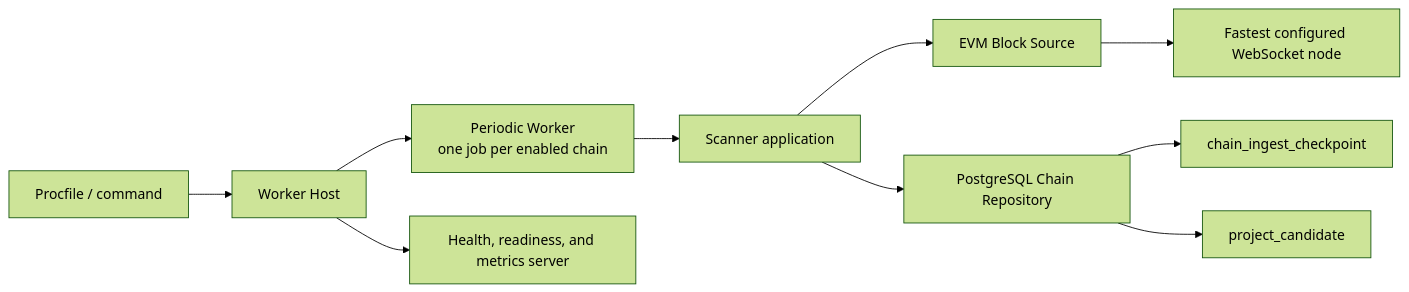
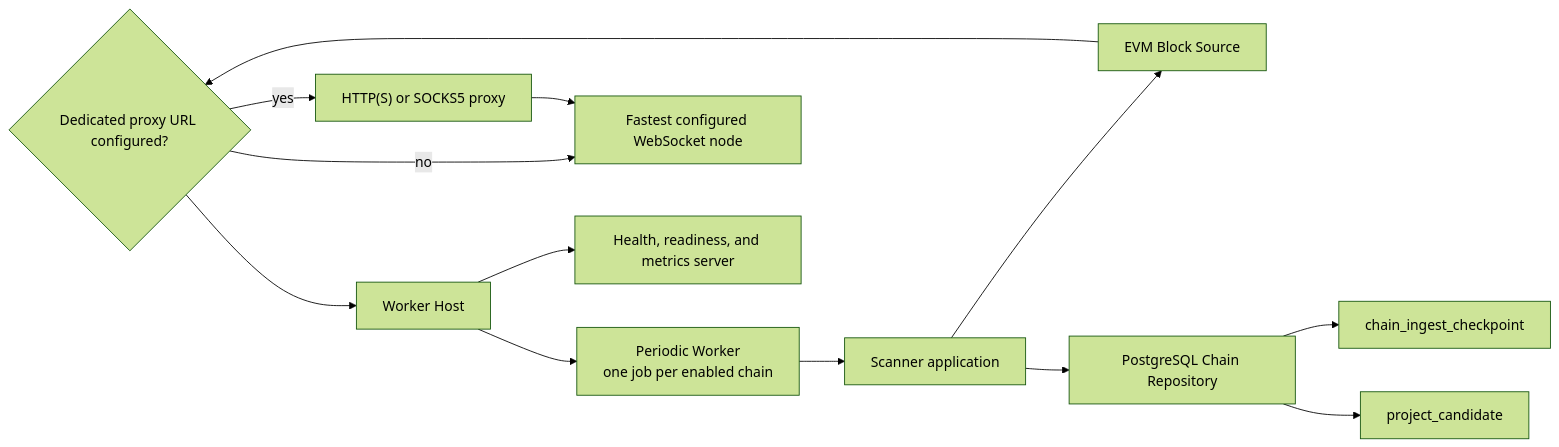
Before and after one commit to useryege/athena-o: the diagram in docs/design/token-intelligence/scanner.md, drawn with Mermaid (forest theme). The commit also changed other lines of this file and 15 other files, not shown here.

````diff
--- a/docs/design/token-intelligence/scanner.md
+++ b/docs/design/token-intelligence/scanner.md
@@ -29,12 +30,15 @@
 ```mermaid
 flowchart LR
     P["Procfile / command"] --> H["Worker Host"]
     H --> W["Periodic Worker\none job per enabled chain"]
     W --> S["Scanner application"]
     S --> E["EVM Block Source"]
-    E --> N["Fastest configured WebSocket node"]
+    E --> P{"Dedicated proxy URL configured?"}
+    P -->|"yes"| X["HTTP(S) or SOCKS5 proxy"]
+    P -->|"no"| N["Fastest configured WebSocket node"]
+    X --> N
     S --> R["PostgreSQL Chain Repository"]
     R --> C["chain_ingest_checkpoint"]
     R --> Q["project_candidate"]
     H --> T["Health, readiness, and metrics server"]
 ```
````
